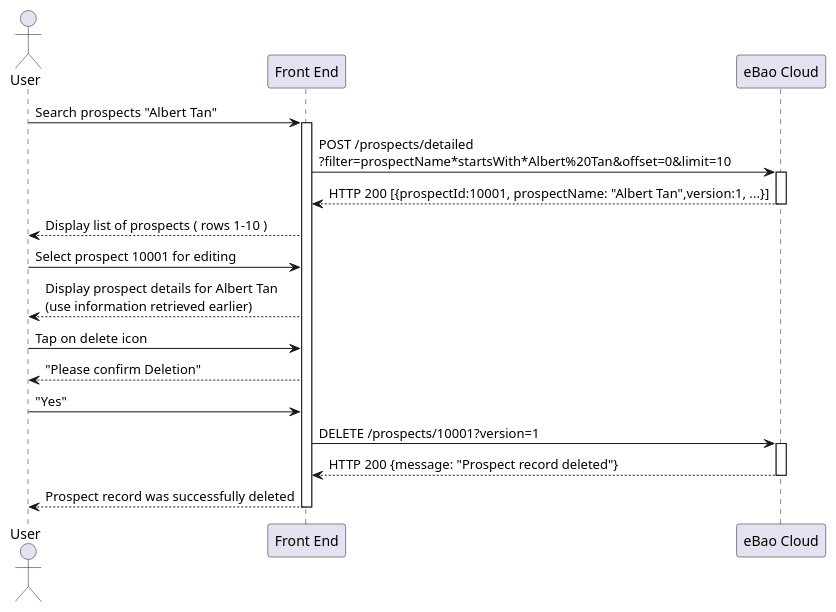
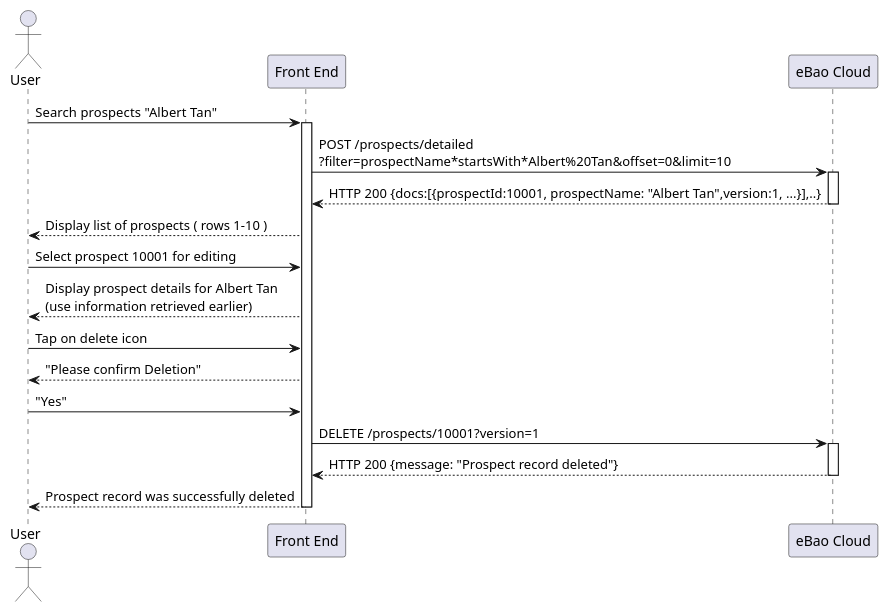
The sixth of 9 diagrams in markdown/prospects.md (yitchoong/cloudapi), drawn with PlantUML before and after one commit. The commit also changed other lines of this file and 41 other files, not shown here.

````diff
--- a/markdown/prospects.md
+++ b/markdown/prospects.md
@@ -211,25 +211,25 @@
 ```puml
 
 actor User
 participant "Front End" as F
 participant "eBao Cloud" as ebao
 User -> F : Search prospects "Albert Tan"
 activate F
 F -> ebao : POST /prospects/detailed\n?filter=prospectName*startsWith*Albert%20Tan&offset=0&limit=10
 activate ebao
-ebao --> F : HTTP 200 [{prospectId:10001, prospectName: "Albert Tan",version:1, ...}]
+ebao --> F : HTTP 200 {docs:[{prospectId:10001, prospectName: "Albert Tan",version:1, ...}],..}
 deactivate ebao
 F --> User: Display list of prospects ( rows 1-10 )
 User -> F : Select prospect 10001 for editing
 F --> User : Display prospect details for Albert Tan\n(use information retrieved earlier)
 User -> F : Tap on delete icon
 F --> User : "Please confirm Deletion"
 User -> F : "Yes"
 F -> ebao : DELETE /prospects/10001?version=1
 activate ebao
 ebao --> F : HTTP 200 {message: "Prospect record deleted"}
 deactivate ebao
 F --> User : Prospect record was successfully deleted
 deactivate F
 
 ```
````
